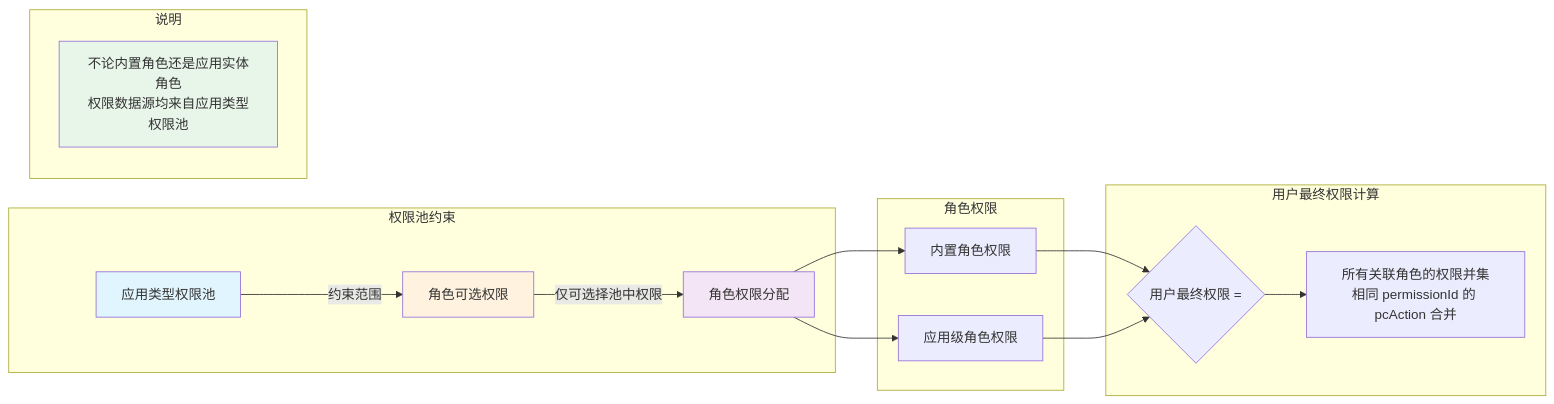
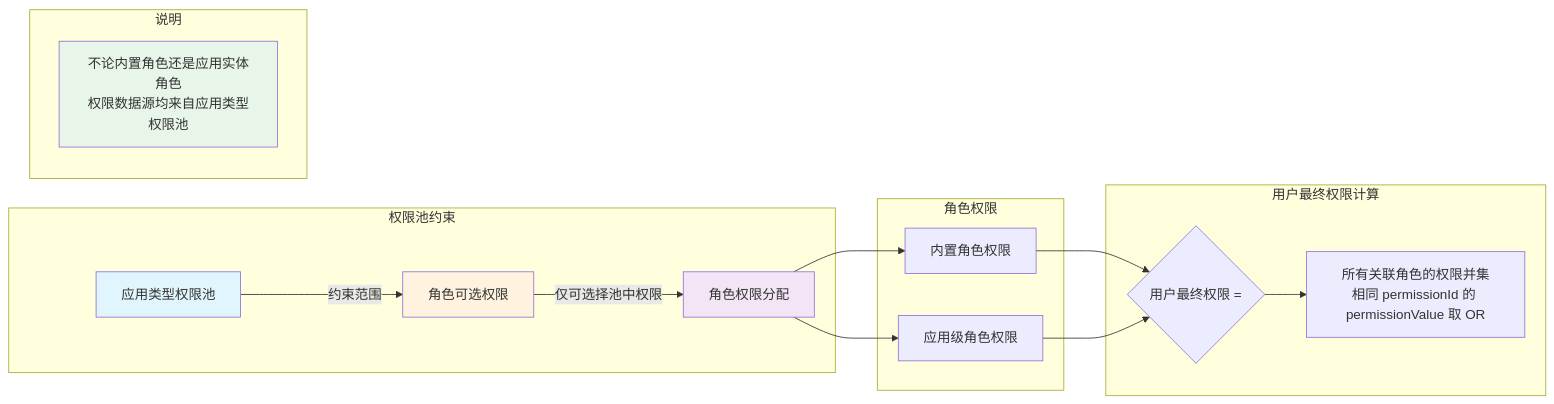
One commit to huyumo/moyan-mfw changed the third of 3 diagrams in docs/flows/permission-assignment.md. Above: the diagram before and after it, drawn with Mermaid. The commit also changed other lines of this file and 28 other files, not shown here.

````diff
--- a/docs/flows/permission-assignment.md
+++ b/docs/flows/permission-assignment.md
@@ -147,27 +147,27 @@
 ```mermaid
 graph LR
     subgraph 权限池约束
         A[应用类型权限池] -->|约束范围 | B[角色可选权限]
         B -->|仅可选择池中权限 | C[角色权限分配]
     end
 
     subgraph 角色权限
         C --> D[内置角色权限]
         C --> E[应用级角色权限]
     end
 
     subgraph 用户最终权限计算
         D --> G{用户最终权限 = }
         E --> G
-        G --> H[所有关联角色的权限并集<br/>相同 permissionId 的 pcAction 合并]
+        G --> H[所有关联角色的权限并集<br/>相同 permissionId 的 permissionValue 取 OR]
     end
 
     subgraph 说明
         I[不论内置角色还是应用实体角色<br/>权限数据源均来自应用类型权限池]
     end
 
     style A fill:#e1f5fe
     style B fill:#fff3e0
     style C fill:#f3e5f5
     style I fill:#e8f5e9
 ```
````
